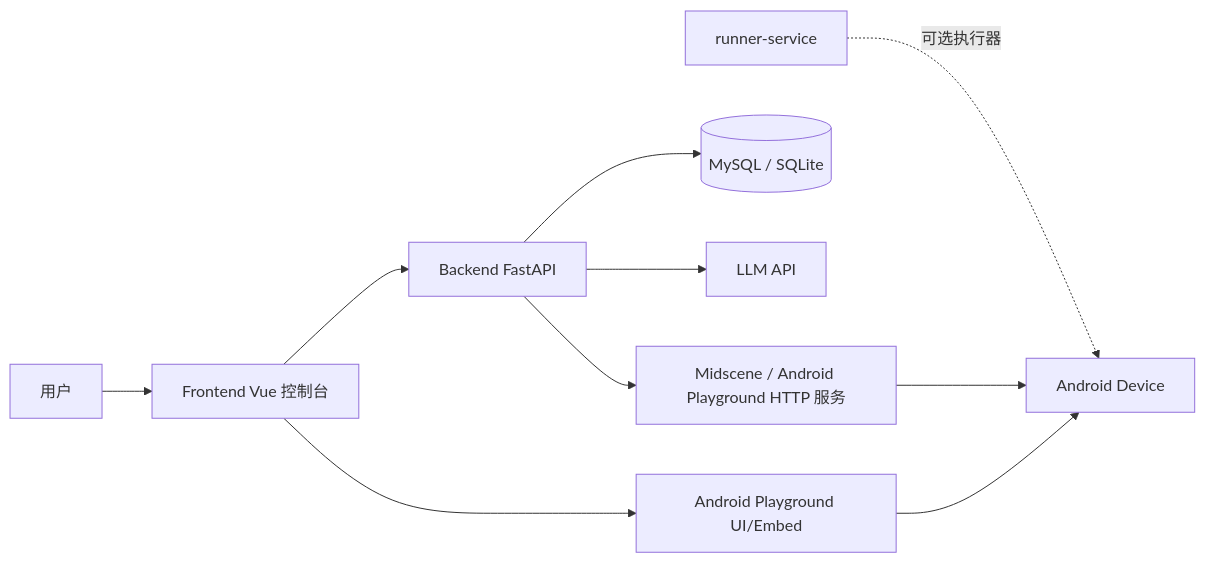
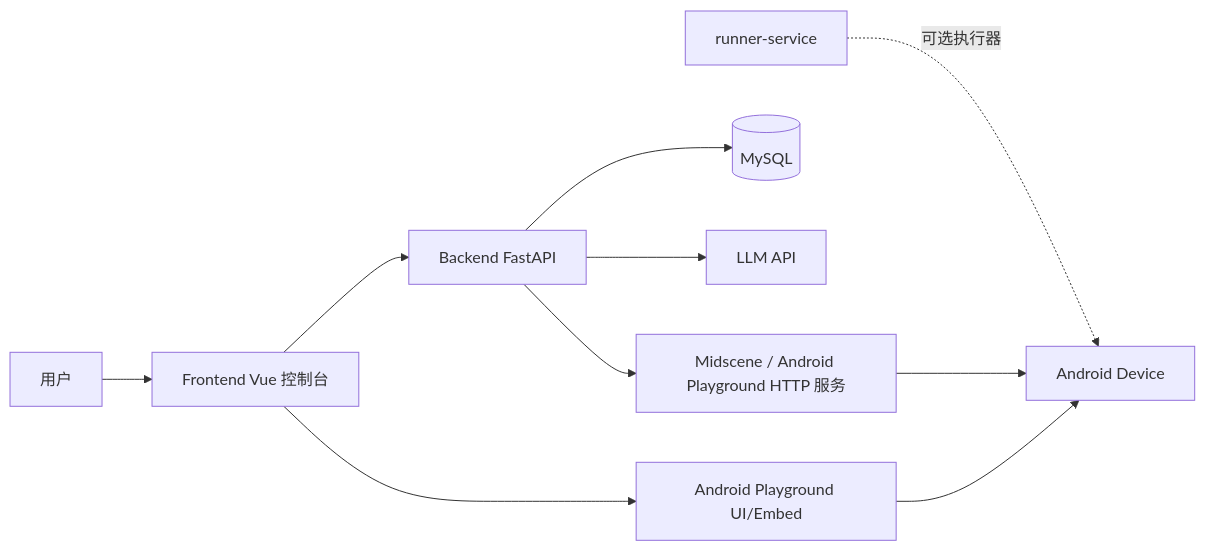
The first of 8 diagrams in md/architecture-analysis.md (prodDonkey/UIX), drawn with Mermaid before and after one commit. The commit also changed other lines of this file and 7 other files, not shown here.

````diff
--- a/md/architecture-analysis.md
+++ b/md/architecture-analysis.md
@@ -162,14 +162,14 @@
 ```mermaid
 flowchart LR
     User[用户] --> FE[Frontend Vue 控制台]
     FE --> BE[Backend FastAPI]
     FE --> AP[Android Playground UI/Embed]
 
-    BE --> DB[(MySQL / SQLite)]
+    BE --> DB[(MySQL)]
     BE --> LLM[LLM API]
     BE --> MS[Midscene / Android Playground HTTP 服务]
 
     Runner[runner-service] -.可选执行器.-> Device[Android Device]
     MS --> Device
     AP --> Device
 ```
````
